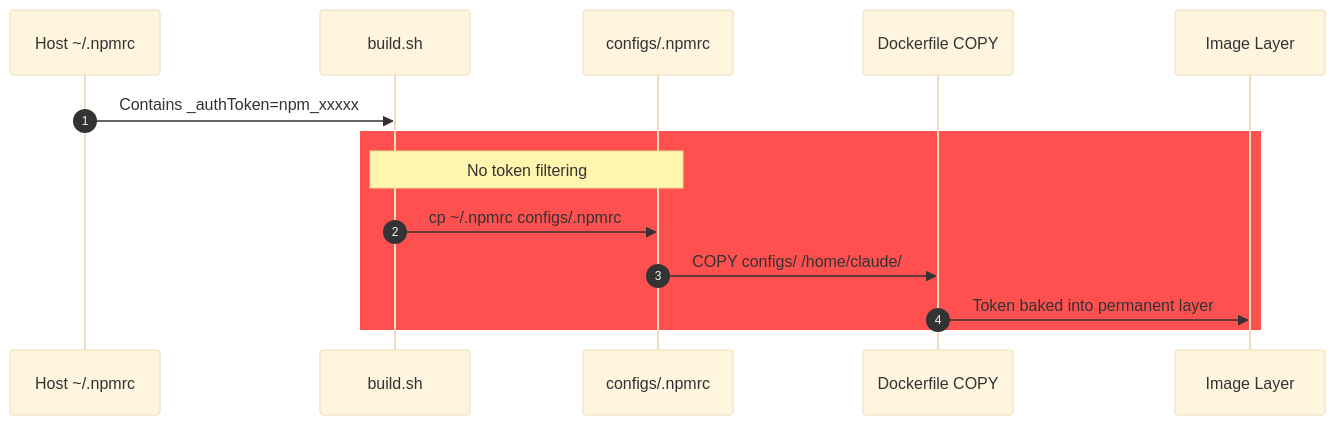
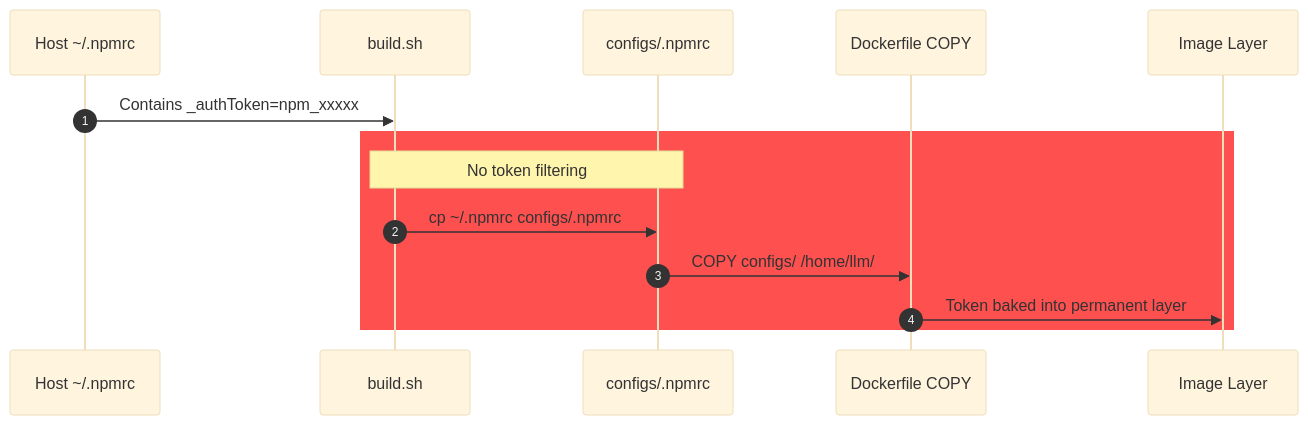
The fifth of 13 diagrams in THREAT_MODEL.md (trevor-vaughan/claude-riotbox), drawn with Mermaid before and after one commit. The commit also changed other lines of this file and 14 other files, not shown here.

First line of the commit message:
refactor: rename container OS user claude -> llm

````diff
--- a/THREAT_MODEL.md
+++ b/THREAT_MODEL.md
@@ -670,18 +670,18 @@
 ```mermaid
 %%{init: {'theme': 'base'}}%%
 sequenceDiagram
   autonumber
   participant Host as Host ~/.npmrc
   participant Build as build.sh
   participant Ctx as configs/.npmrc
   participant Docker as Dockerfile COPY
   participant Image as Image Layer
 
   Host->>Build: Contains _authToken=npm_xxxxx
   rect rgb(255, 80, 80)
     Note over Build,Ctx: No token filtering
     Build->>Ctx: cp ~/.npmrc configs/.npmrc
-    Ctx->>Docker: COPY configs/ /home/claude/
+    Ctx->>Docker: COPY configs/ /home/llm/
     Docker->>Image: Token baked into permanent layer
   end
 ```
````
